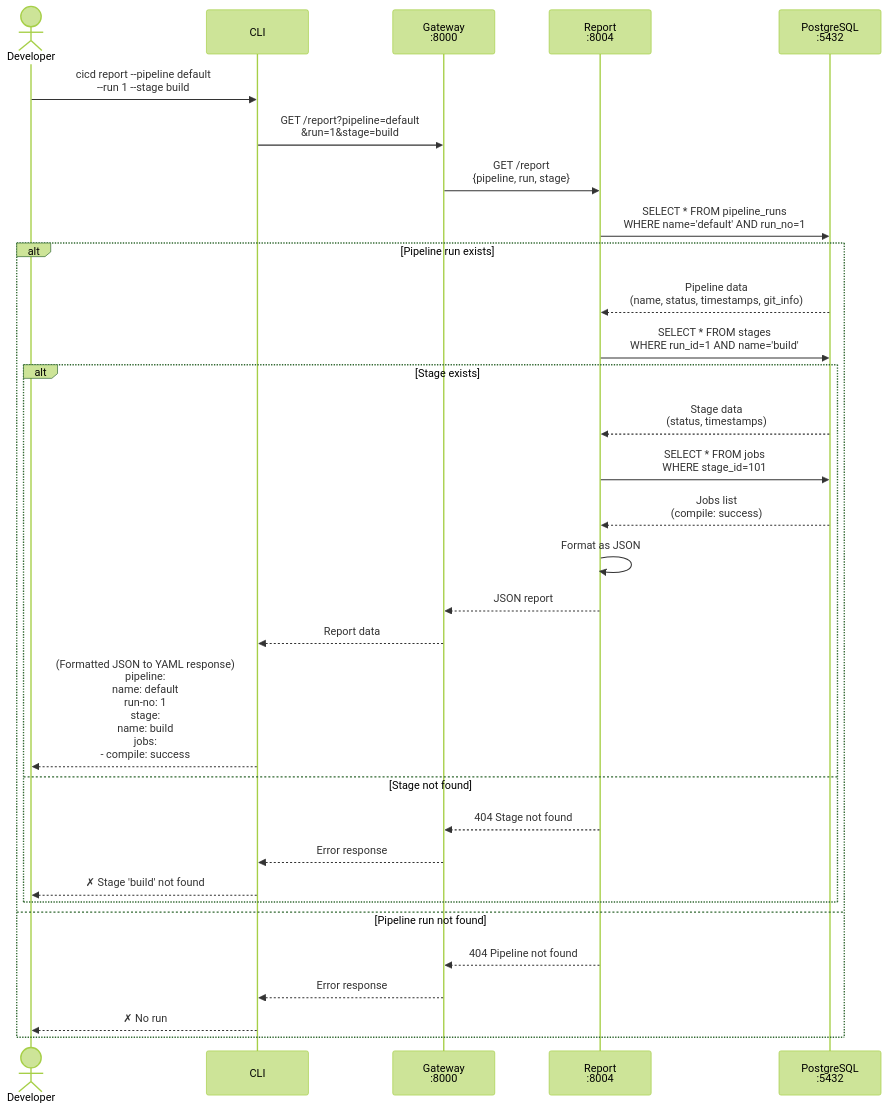
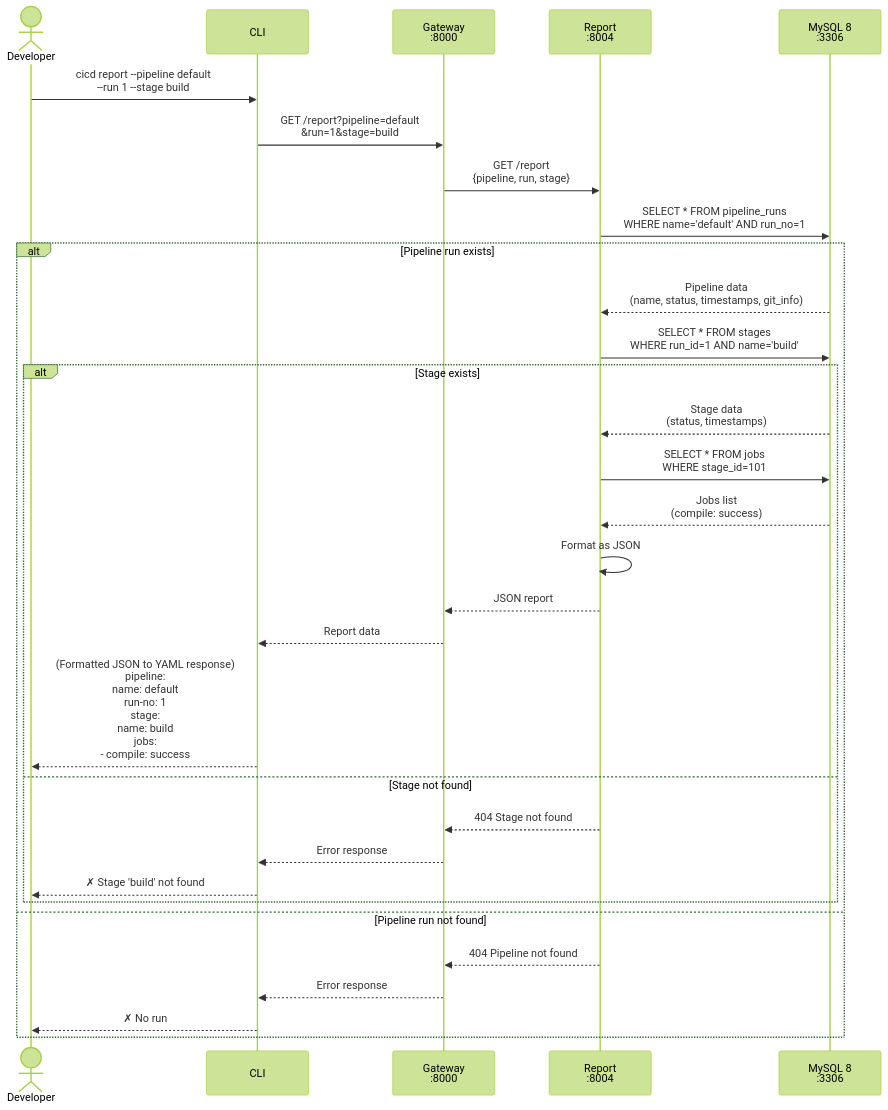
One commit to xueyulinn/cicd-system changed the diagram in dev-docs/design/Seq-des-report.md. Above: the diagram before and after it, drawn with Mermaid (forest theme). The commit also changed other lines of this file and 39 other files, not shown here.

Commit message:
replace postgreSQL with MySQL in sdk, docker image and db-migrate script

````diff
--- a/dev-docs/design/Seq-des-report.md
+++ b/dev-docs/design/Seq-des-report.md
@@ -7,46 +7,46 @@
 ```mermaid
 sequenceDiagram
     actor Dev as Developer
     participant CLI as CLI
     participant GW as Gateway<br/>:8000
     participant Report as Report<br/>:8004
-    participant DB as PostgreSQL<br/>:5432
+    participant DB as MySQL 8<br/>:3306
 
     Dev->>CLI: cicd report --pipeline default<br/>--run 1 --stage build
     
     CLI->>GW: GET /report?pipeline=default<br/>&run=1&stage=build
     
     GW->>Report: GET /report<br/>{pipeline, run, stage}
     
     Report->>DB: SELECT * FROM pipeline_runs<br/>WHERE name='default' AND run_no=1
     
     alt Pipeline run exists
         DB-->>Report: Pipeline data<br/>(name, status, timestamps, git_info)
         
         Report->>DB: SELECT * FROM stages<br/>WHERE run_id=1 AND name='build'
         
         alt Stage exists
             DB-->>Report: Stage data<br/>(status, timestamps)
             
             Report->>DB: SELECT * FROM jobs<br/>WHERE stage_id=101
             DB-->>Report: Jobs list<br/>(compile: success)
             
             Report->>Report: Format as JSON
             Report-->>GW: JSON report
             GW-->>CLI: Report data
             
             CLI-->>Dev: (Formatted JSON to YAML response)<br/>pipeline:<br/>  name: default<br/>  run-no: 1<br/>  stage:<br/>    name: build<br/>    jobs:<br/>      - compile: success
             
         else Stage not found
             Report-->>GW: 404 Stage not found
             GW-->>CLI: Error response
             CLI-->>Dev: ✗ Stage 'build' not found
         end
         
     else Pipeline run not found
         Report-->>GW: 404 Pipeline not found
         GW-->>CLI: Error response
         CLI-->>Dev: ✗ No run #1 for pipeline 'default'
     end
 
 ```
````
